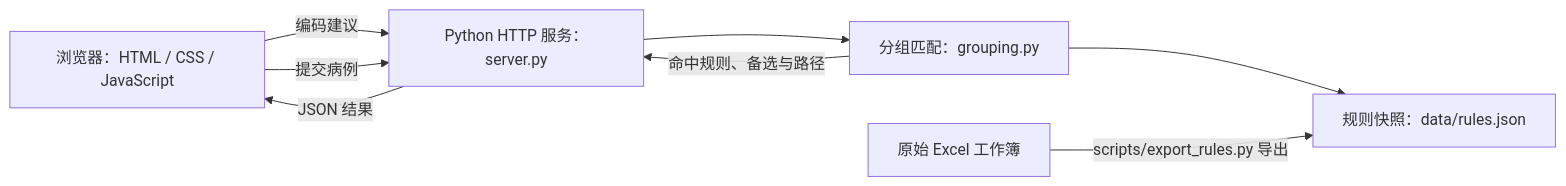
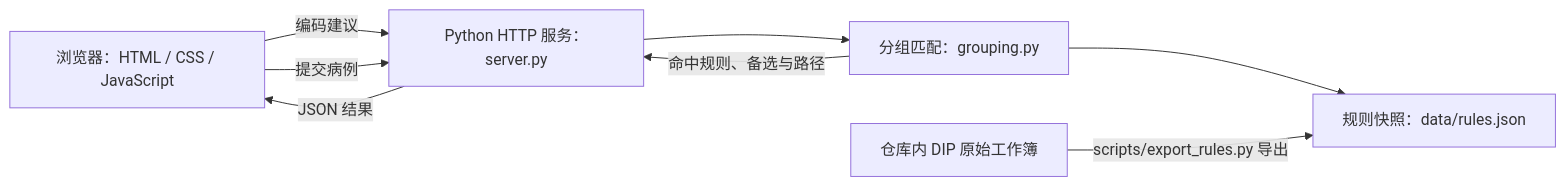
One commit to Jensen-Yang-CN/DRG-DIP changed the second of 2 diagrams in README.md. Above: the diagram before and after it, drawn with Mermaid. The commit also changed other lines of this file and 3 other files, not shown here.

````diff
--- a/README.md
+++ b/README.md
@@ -106,10 +108,10 @@
 ```mermaid
 flowchart LR
     A[浏览器：HTML / CSS / JavaScript] -->|编码建议| B[Python HTTP 服务：server.py]
     A -->|提交病例| B
     B --> C[分组匹配：grouping.py]
     C --> D[规则快照：data/rules.json]
-    E[原始 Excel 工作簿] -->|scripts/export_rules.py 导出| D
+    E[仓库内 DIP 原始工作簿] -->|scripts/export_rules.py 导出| D
     C -->|命中规则、备选与路径| B
     B -->|JSON 结果| A
 ```
````
